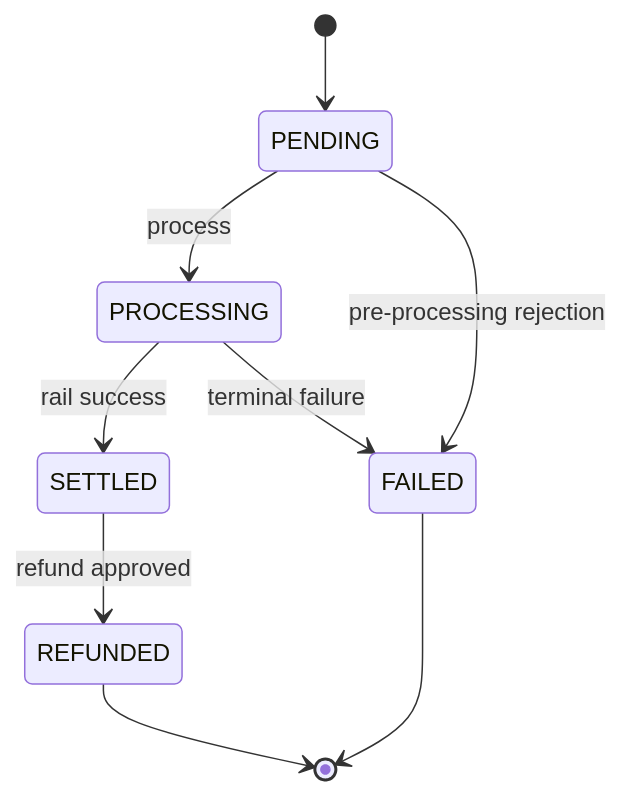
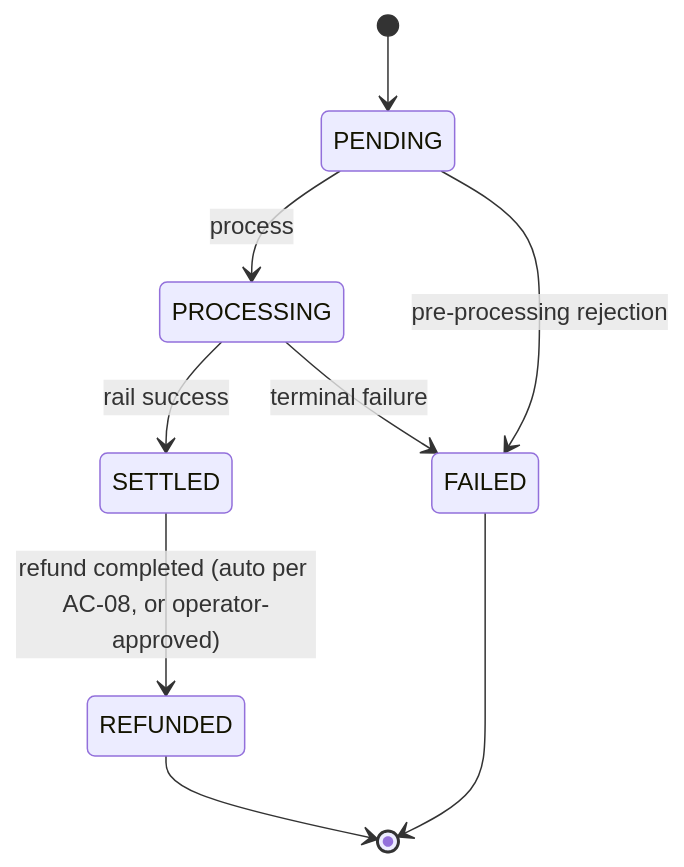
One commit to Sourishcreddy13/PayBridge changed the first of 2 diagrams in docs/architecture.md. Above: the diagram before and after it, drawn with Mermaid. The commit also changed other lines of this file and 113 other files, not shown here.

````diff
--- a/docs/architecture.md
+++ b/docs/architecture.md
@@ -17,11 +17,11 @@
 ```mermaid
 stateDiagram-v2
     [*] --> PENDING
     PENDING --> PROCESSING: process
     PROCESSING --> SETTLED: rail success
     PROCESSING --> FAILED: terminal failure
-    SETTLED --> REFUNDED: refund approved
+    SETTLED --> REFUNDED: refund completed (auto per AC-08, or operator-approved)
     PENDING --> FAILED: pre-processing rejection
     FAILED --> [*]
     REFUNDED --> [*]
 ```
````
